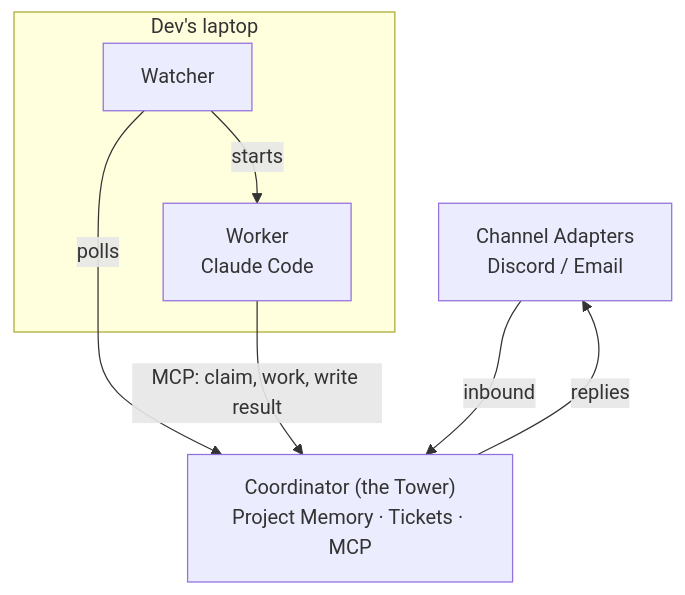
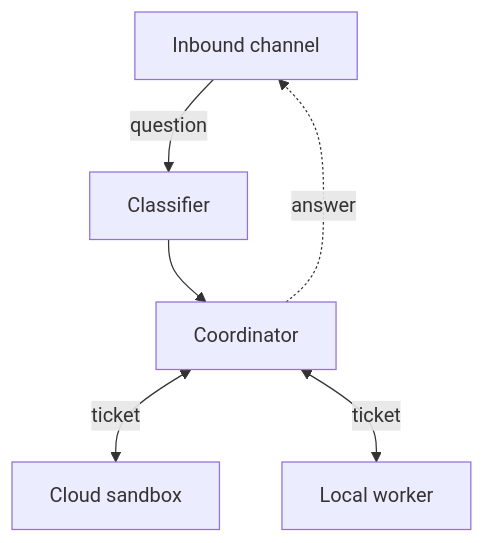
The diagram in apps/site/how-it-works.md (joel611/project-os), drawn with Mermaid before and after one commit. The commit also changed other lines of this file, not shown here.

Commit message:
docs(site): simplify How it works to four parts

````diff
--- a/apps/site/how-it-works.md
+++ b/apps/site/how-it-works.md
@@ -5,18 +5,17 @@
 ```mermaid
 flowchart TB
   accTitle: How project-os works
-  accDescr: Channel Adapters pass messages to the Coordinator, and a Watcher starts a Worker that works the ticket over MCP.
+  accDescr: A question from an inbound channel is classified, the Coordinator hands new work to a cloud sandbox or local worker, and the answer goes back to the channel.
 
-  adapters["Channel Adapters<br/>Discord / Email"]
-  coordinator["Coordinator (the Tower)<br/>Project Memory · Tickets · MCP"]
-  subgraph laptop["Dev's laptop"]
-    watcher["Watcher"]
-    worker["Worker<br/>Claude Code"]
-  end
+  channel["Inbound channel"]
+  classifier["Classifier"]
+  coordinator["Coordinator"]
+  cloud["Cloud sandbox"]
+  local["Local worker"]
 
-  adapters -->|inbound| coordinator
-  coordinator -->|replies| adapters
-  watcher -->|polls| coordinator
-  watcher -->|starts| worker
-  worker -->|"MCP: claim, work, write result"| coordinator
+  channel -->|question| classifier
+  classifier --> coordinator
+  coordinator <-->|ticket| cloud
+  coordinator <-->|ticket| local
+  coordinator -.->|answer| channel
 ```
````
